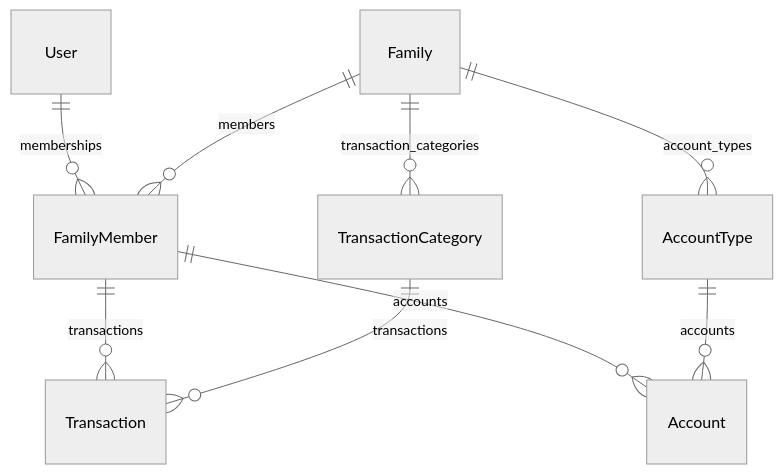
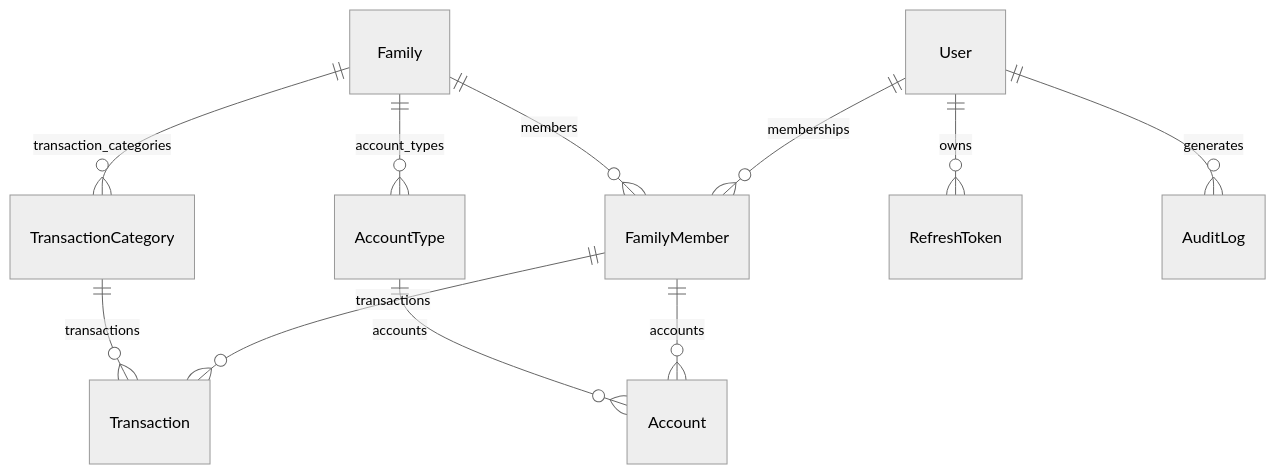
The second of 4 diagrams in docs/data/data-model.md (leoricmaster/ffp), drawn with Mermaid (neutral theme) before and after one commit. The commit also changed other lines of this file and 6 other files, not shown here.

````diff
--- a/docs/data/data-model.md
+++ b/docs/data/data-model.md
@@ -95,11 +97,13 @@
 ```mermaid
 erDiagram
     User ||--o{ FamilyMember : memberships
     Family ||--o{ FamilyMember : members
     Family ||--o{ TransactionCategory : transaction_categories
     Family ||--o{ AccountType : account_types
+    User ||--o{ RefreshToken : owns
+    User ||--o{ AuditLog : generates
     FamilyMember ||--o{ Transaction : transactions
     FamilyMember ||--o{ Account : accounts
     TransactionCategory ||--o{ Transaction : transactions
     AccountType ||--o{ Account : accounts
 ```
````
